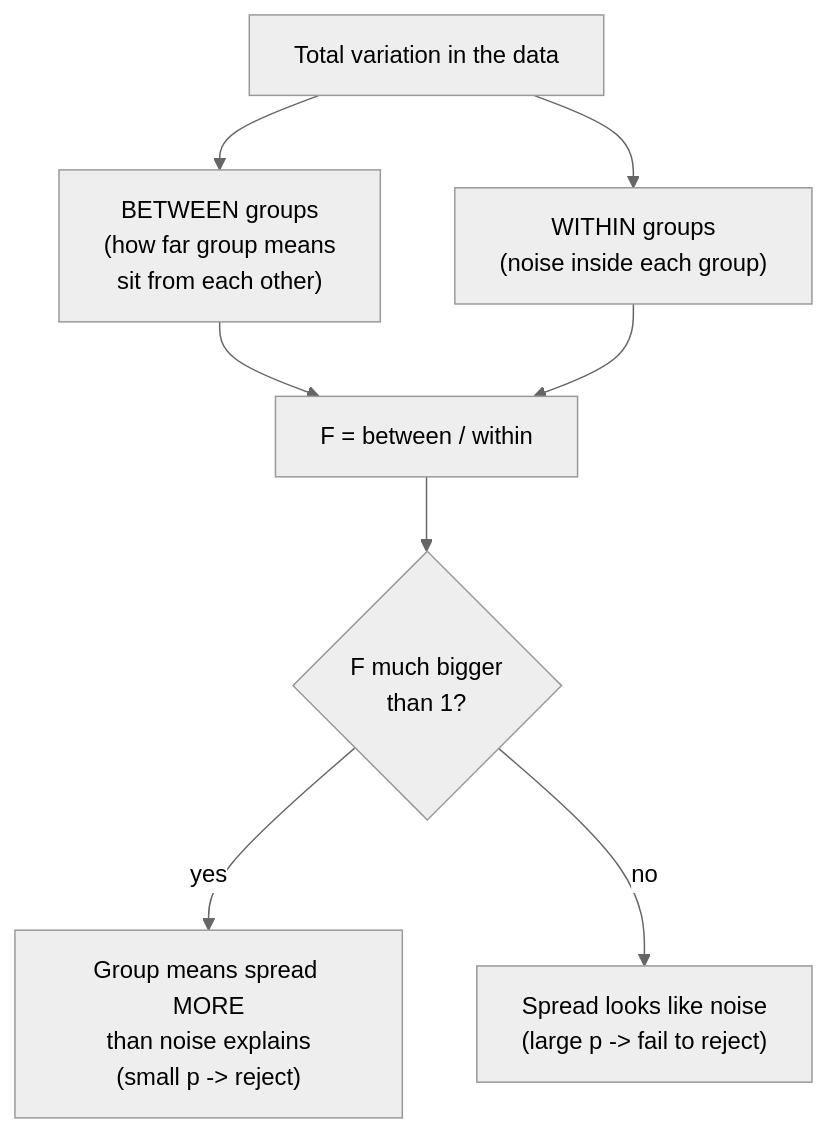
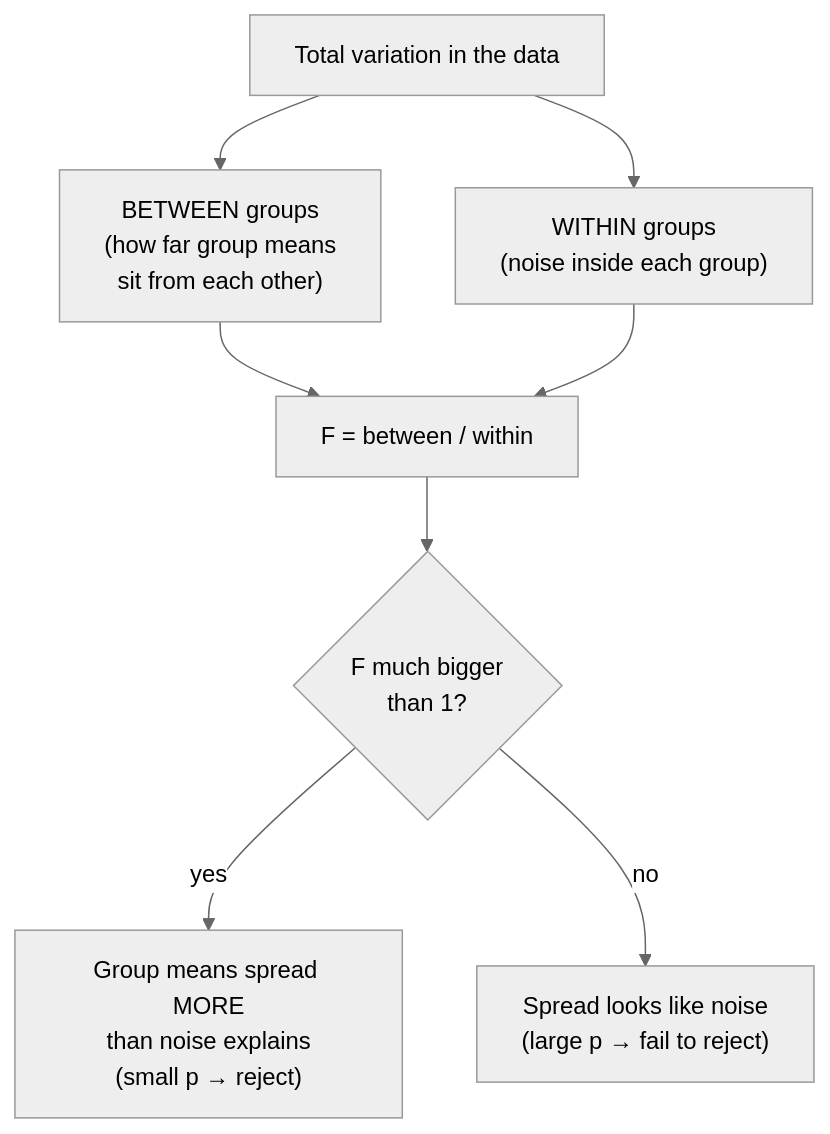
One commit to dataslope/dataslope changed the first of 3 diagrams in content/courses/statistics-for-data-science-python/anova-and-chi-square.mdx. Above: the diagram before and after it, drawn with Mermaid (neutral theme). The commit also changed other lines of this file and 431 other files, not shown here.

First line of the commit message:
Interview-prep card spacing; 150 build-time Observable Plot charts; challenge-card sweep and a polars runtime fix (#625)

````diff
--- a/content/courses/statistics-for-data-science-python/anova-and-chi-square.mdx
+++ b/content/courses/statistics-for-data-science-python/anova-and-chi-square.mdx
@@ -97,10 +103,10 @@
 ```mermaid
 flowchart TD
   A["Total variation in the data"] --> B["BETWEEN groups<br/>(how far group means<br/>sit from each other)"]
   A --> C["WITHIN groups<br/>(noise inside each group)"]
   B --> D["F = between / within"]
   C --> D
   D --> E{"F much bigger<br/>than 1?"}
-  E -->|"yes"| F["Group means spread MORE<br/>than noise explains<br/>(small p -> reject)"]
-  E -->|"no"| G["Spread looks like noise<br/>(large p -> fail to reject)"]
+  E -->|"yes"| F["Group means spread MORE<br/>than noise explains<br/>(small p → reject)"]
+  E -->|"no"| G["Spread looks like noise<br/>(large p → fail to reject)"]
 ```
````
